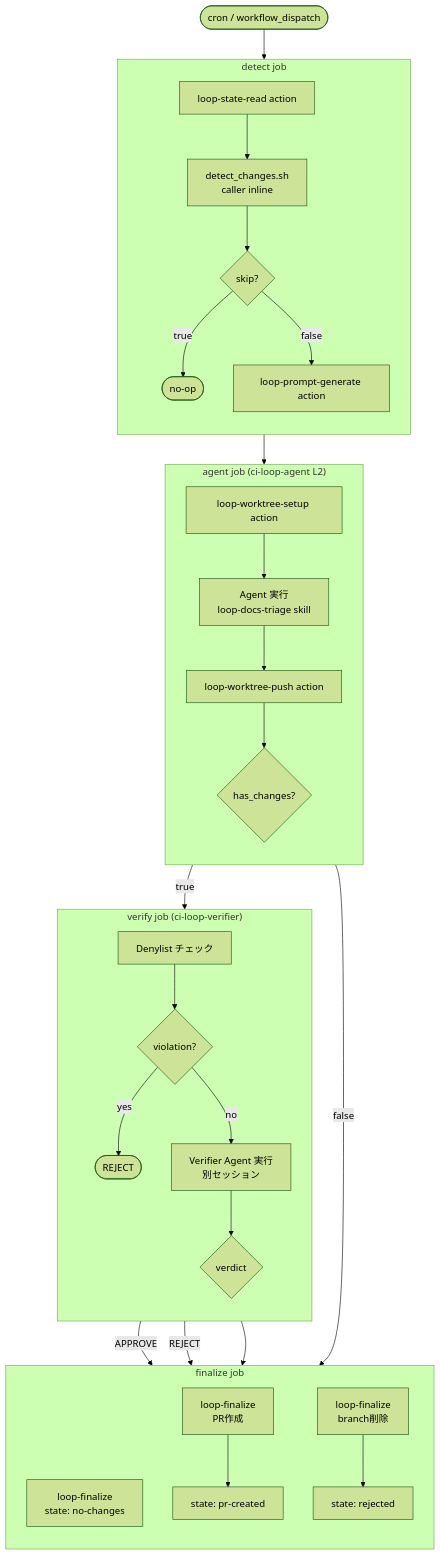
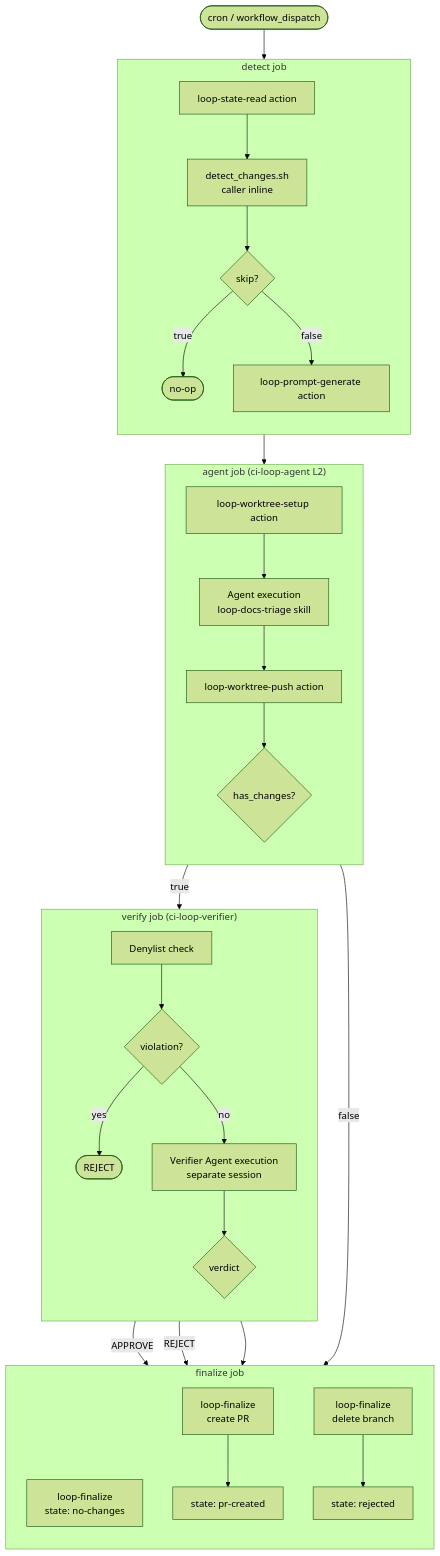
The first of 2 diagrams in docs/explanation/loop-engineering-design.md (y-miyazaki/config), drawn with Mermaid (forest theme) before and after one commit. The commit also changed other lines of this file and 4 other files, not shown here.

````diff
--- a/docs/explanation/loop-engineering-design.md
+++ b/docs/explanation/loop-engineering-design.md
@@ -111,46 +105,46 @@
 ```mermaid
 flowchart TD
     %% Trigger
     trigger([cron / workflow_dispatch]) --> detect
 
     %% Detect Job
     subgraph detect["detect job"]
         direction TB
         D1[loop-state-read action] --> D2[detect_changes.sh<br/>caller inline]
         D2 --> D3{skip?}
         D3 -->|true| D_END([no-op])
         D3 -->|false| D4[loop-prompt-generate action]
     end
 
     %% Agent Job
     D4 --> agent
     subgraph agent["agent job (ci-loop-agent L2)"]
         direction TB
-        A1[loop-worktree-setup action] --> A2[Agent 実行<br/>loop-docs-triage skill]
+        A1[loop-worktree-setup action] --> A2[Agent execution<br/>loop-docs-triage skill]
         A2 --> A3[loop-worktree-push action]
         A3 --> A4{has_changes?}
     end
 
     %% Verify Job
     A4 -->|true| verify
     A4 -->|false| finalize_no
     subgraph verify["verify job (ci-loop-verifier)"]
         direction TB
-        V1[Denylist チェック] --> V2{violation?}
+        V1[Denylist check] --> V2{violation?}
         V2 -->|yes| V_REJECT([REJECT])
-        V2 -->|no| V3[Verifier Agent 実行<br/>別セッション]
+        V2 -->|no| V3[Verifier Agent execution<br/>separate session]
         V3 --> V4{verdict}
     end
 
     %% Finalize Job
     V4 -->|APPROVE| finalize_approve
     V4 -->|REJECT| finalize_reject
     V_REJECT --> finalize_reject
 
     subgraph finalize["finalize job"]
         direction TB
-        finalize_approve[loop-finalize<br/>PR作成] --> F_STATE[state: pr-created]
-        finalize_reject[loop-finalize<br/>branch削除] --> F_STATE2[state: rejected]
+        finalize_approve[loop-finalize<br/>create PR] --> F_STATE[state: pr-created]
+        finalize_reject[loop-finalize<br/>delete branch] --> F_STATE2[state: rejected]
         finalize_no[loop-finalize<br/>state: no-changes]
     end
 ```
````
